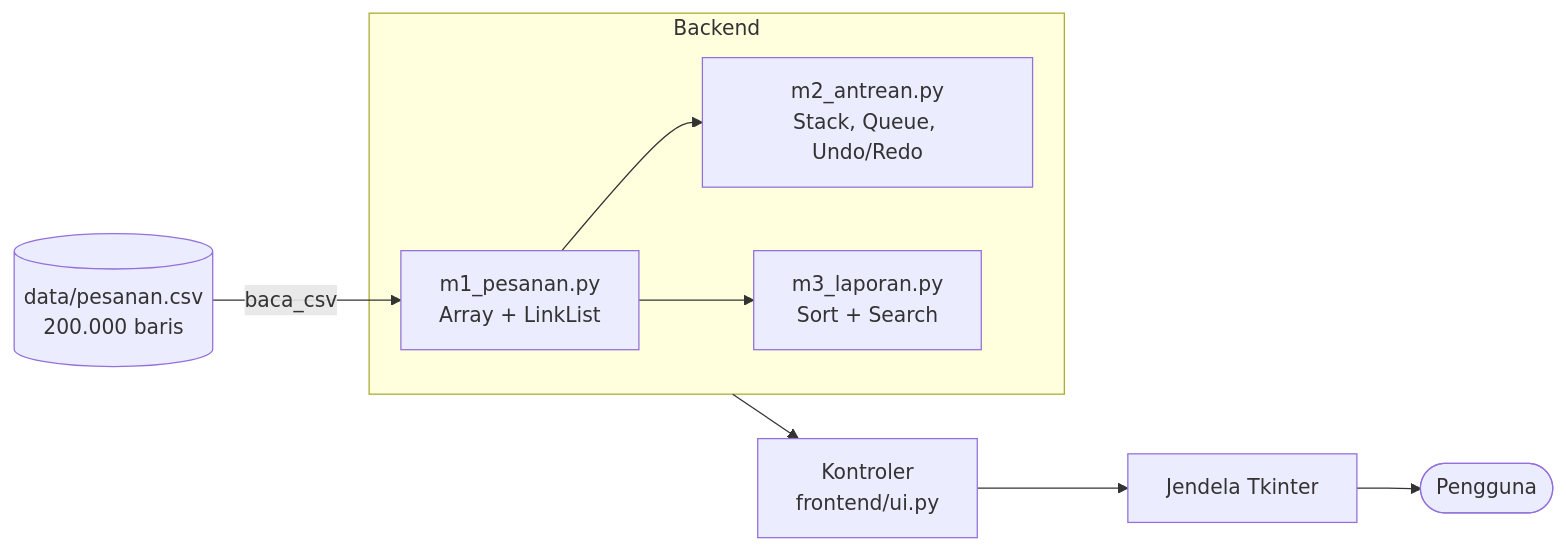
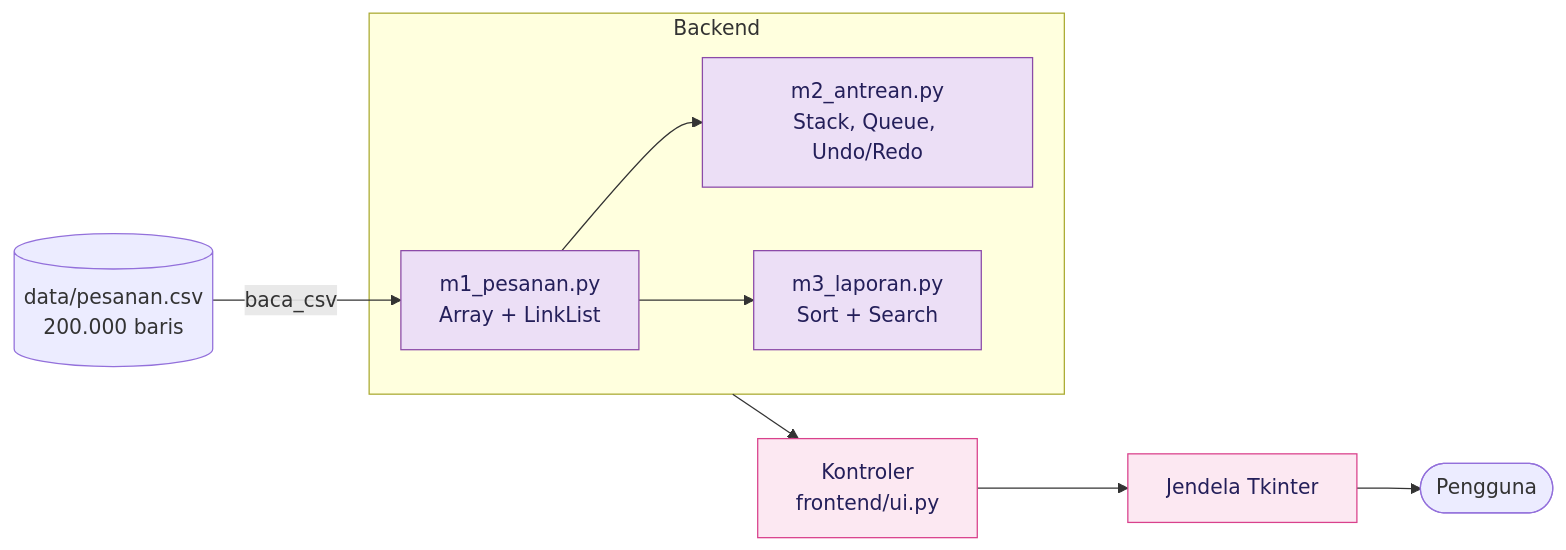
One commit to lunacalista/2ez4u_luna-calista changed the diagram in README.md. Above: the diagram before and after it, drawn with Mermaid. The commit also changed other lines of this file and 7 other files, not shown here.

````diff
--- a/README.md
+++ b/README.md
@@ -48,14 +49,19 @@
 ```mermaid
 flowchart LR
     CSV[("data/pesanan.csv<br/>200.000 baris")] -->|baca_csv| M1
     subgraph Backend
         M1["m1_pesanan.py<br/>Array + LinkList"]
         M2["m2_antrean.py<br/>Stack, Queue, Undo/Redo"]
         M3["m3_laporan.py<br/>Sort + Search"]
     end
     M1 --> M2
     M1 --> M3
     Backend --> K["Kontroler<br/>frontend/ui.py"]
     K --> UI["Jendela Tkinter"]
     UI --> P(["Pengguna"])
+
+    classDef modul fill:#ecdff6,stroke:#8b4aa8,color:#241f5a
+    classDef ui fill:#fce8f2,stroke:#d9418c,color:#241f5a
+    class M1,M2,M3 modul
+    class K,UI ui
 ```
````
